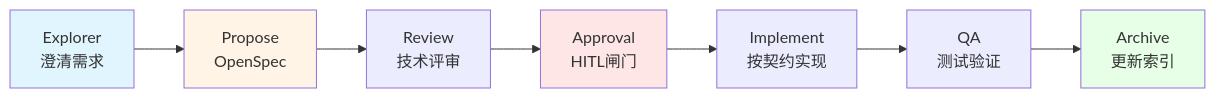
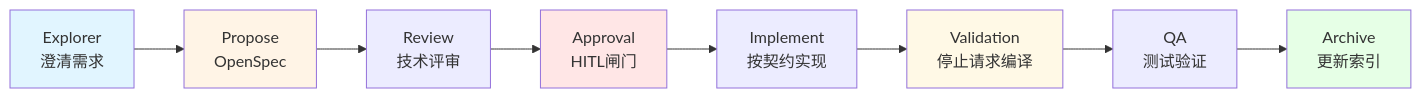
Before and after one commit to listener-He/java-harness-agent: the first of 25 diagrams in ENGINEERING_MANUAL_zh.md, drawn with Mermaid. The commit also changed other lines of this file and 12 other files, not shown here.

````diff
--- a/ENGINEERING_MANUAL_zh.md
+++ b/ENGINEERING_MANUAL_zh.md
@@ -66,14 +66,15 @@
 ```mermaid
 graph LR
     A[Explorer<br/>澄清需求] --> B[Propose<br/>OpenSpec]
     B --> C[Review<br/>技术评审]
-    C --> D[Approval<br/>HITL闸门]
-    D --> E[Implement<br/>按契约实现]
-    E --> F[QA<br/>测试验证]
+    C --> D[Approval<br/>HITL闸门] --> E[Implement<br/>按契约实现]
+    E --> V[Validation<br/>停止请求编译]
+    V --> F[QA<br/>测试验证]
     F --> G[Archive<br/>更新索引]
     
     style A fill:#e1f5ff
     style B fill:#fff4e6
     style D fill:#ffe6e6
+    style V fill:#fff9e6
     style G fill:#e6ffe6
 ```
````
